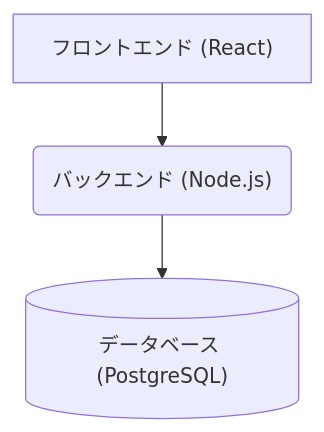
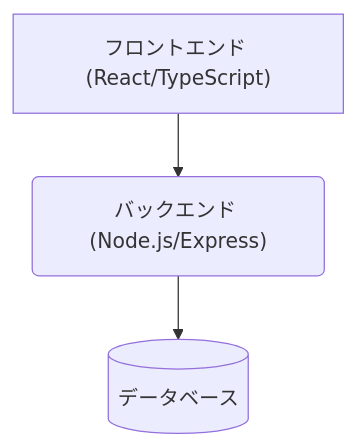
Before and after one commit to plplbody/AI-task-management: the diagram in DESIGN.md, drawn with Mermaid. The commit also changed other lines of this file and 60 other files, not shown here.

````diff
--- a/DESIGN.md
+++ b/DESIGN.md
@@ -12,5 +25,5 @@
 ```mermaid
 graph TD
-    A["フロントエンド (React)"] --> B("バックエンド (Node.js)");
-    B --> C[("データベース (PostgreSQL)")];
+    A["フロントエンド (React/TypeScript)"] --> B("バックエンド (Node.js/Express)");
+    B --> C[("データベース")]
 ```
````
